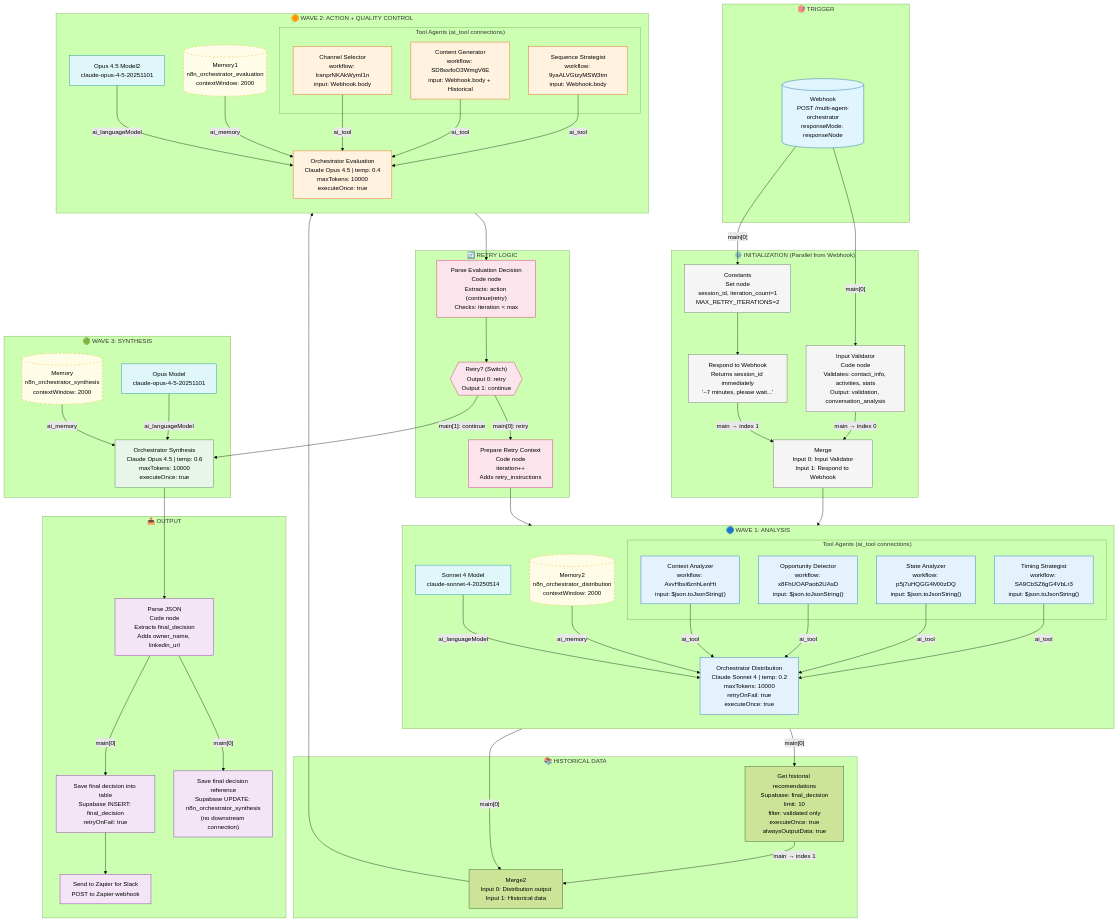
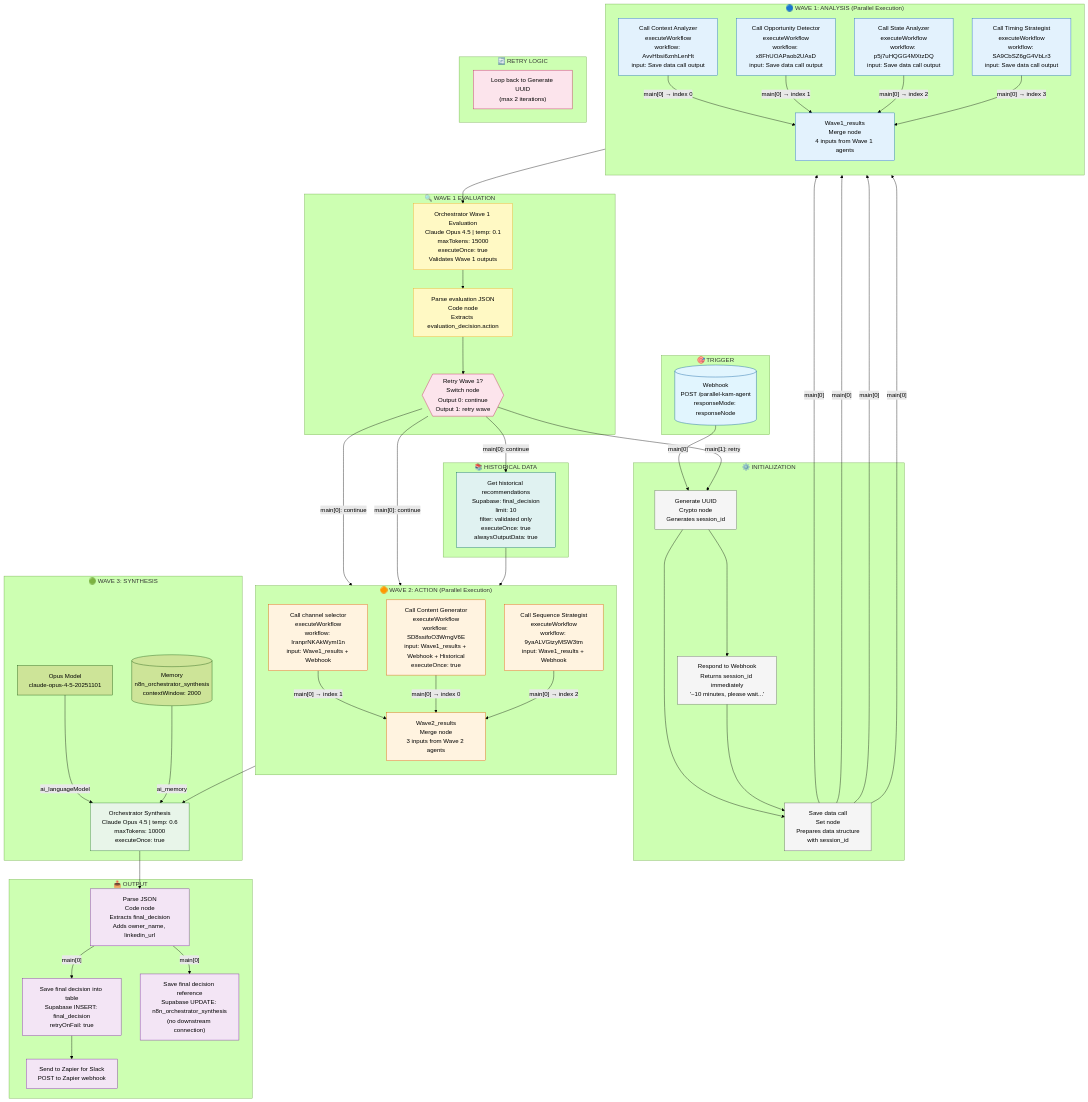
Before and after one commit to damianstetsonair/sales-n8n-ia: the first of 17 diagrams in WORKFLOW-DIAGRAM.md, drawn with Mermaid (forest theme). The commit also changed other lines of this file and 8 other files, not shown here.

Commit message:
update flows based in parallel workflow

````diff
--- a/WORKFLOW-DIAGRAM.md
+++ b/WORKFLOW-DIAGRAM.md
@@ -30,62 +36,44 @@
 ```mermaid
 flowchart TB
     subgraph TRIGGER["🎯 TRIGGER"]
-        WH[("Webhook<br/>POST /multi-agent-orchestrator<br/>responseMode: responseNode")]
+        WH[("Webhook<br/>POST /parallel-kam-agent<br/>responseMode: responseNode")]
     end
 
-    subgraph INIT["⚙️ INITIALIZATION (Parallel from Webhook)"]
-        IV["Input Validator<br/>Code node<br/>Validates: contact_info, activities, stats<br/>Output: validation, conversation_analysis"]
-        CONST["Constants<br/>Set node<br/>session_id, iteration_count=1<br/>MAX_RETRY_ITERATIONS=2"]
-        RESP["Respond to Webhook<br/>Returns session_id immediately<br/>'~7 minutes, please wait...'"]
-        M1["Merge<br/>Input 0: Input Validator<br/>Input 1: Respond to Webhook"]
+    subgraph INIT["⚙️ INITIALIZATION"]
+        UUID["Generate UUID<br/>Crypto node<br/>Generates session_id"]
+        RESP["Respond to Webhook<br/>Returns session_id immediately<br/>'~10 minutes, please wait...'"]
+        SDC["Save data call<br/>Set node<br/>Prepares data structure<br/>with session_id"]
     end
 
-    subgraph WAVE1["🔵 WAVE 1: ANALYSIS"]
+    subgraph WAVE1["🔵 WAVE 1: ANALYSIS (Parallel Execution)"]
         direction TB
-        OD["Orchestrator Distribution<br/>Claude Sonnet 4 | temp: 0.2<br/>maxTokens: 10000<br/>retryOnFail: true<br/>executeOnce: true"]
+        T1["Call Context Analyzer<br/>executeWorkflow<br/>workflow: AvvHbsi6znhLenHt<br/>input: Save data call output"]
+        T2["Call Opportunity Detector<br/>executeWorkflow<br/>workflow: x8FhUOAPaob2UAsD<br/>input: Save data call output"]
+        T3["Call State Analyzer<br/>executeWorkflow<br/>workflow: p5j7uHQGG4MXtzDQ<br/>input: Save data call output"]
+        T4["Call Timing Strategist<br/>executeWorkflow<br/>workflow: SA9CbSZ6gG4VbLr3<br/>input: Save data call output"]
+        M1["Wave1_results<br/>Merge node<br/>4 inputs from Wave 1 agents"]
+    end
 
-        subgraph TOOLS1["Tool Agents (ai_tool connections)"]
-            T1["Context Analyzer<br/>workflow: AvvHbsi6znhLenHt<br/>input: $json.toJsonString()"]
-            T2["Opportunity Detector<br/>workflow: x8FhUOAPaob2UAsD<br/>input: $json.toJsonString()"]
-            T3["State Analyzer<br/>workflow: p5j7uHQGG4MXtzDQ<br/>input: $json.toJsonString()"]
-            T4["Timing Strategist<br/>workflow: SA9CbSZ6gG4VbLr3<br/>input: $json.toJsonString()"]
-        end
-
-        MEM1[("Memory2<br/>n8n_orchestrator_distribution<br/>contextWindow: 2000")]
-        MODEL1["Sonnet 4 Model<br/>claude-sonnet-4-20250514"]
-
-        MODEL1 -->|"ai_languageModel"| OD
-        MEM1 -->|"ai_memory"| OD
-        T1 & T2 & T3 & T4 -->|"ai_tool"| OD
+    subgraph EVAL["🔍 WAVE 1 EVALUATION"]
+        OWE["Orchestrator Wave 1 Evaluation<br/>Claude Opus 4.5 | temp: 0.1<br/>maxTokens: 15000<br/>executeOnce: true<br/>Validates Wave 1 outputs"]
+        PEJ["Parse evaluation JSON<br/>Code node<br/>Extracts evaluation_decision.action"]
+        SW{{"Retry Wave 1?<br/>Switch node<br/>Output 0: continue<br/>Output 1: retry wave"}}
     end
 
     subgraph HIST["📚 HISTORICAL DATA"]
-        GH["Get historial recomendations<br/>Supabase: final_decision<br/>limit: 10<br/>filter: validated only<br/>executeOnce: true<br/>alwaysOutputData: true"]
-        M2["Merge2<br/>Input 0: Distribution output<br/>Input 1: Historical data"]
+        GH["Get historical recommendations<br/>Supabase: final_decision<br/>limit: 10<br/>filter: validated only<br/>executeOnce: true<br/>alwaysOutputData: true"]
     end
 
-    subgraph WAVE2["🟠 WAVE 2: ACTION + QUALITY CONTROL"]
+    subgraph WAVE2["🟠 WAVE 2: ACTION (Parallel Execution)"]
         direction TB
-        OE["Orchestrator Evaluation<br/>Claude Opus 4.5 | temp: 0.4<br/>maxTokens: 10000<br/>executeOnce: true"]
-
-        subgraph TOOLS2["Tool Agents (ai_tool connections)"]
-            T5["Channel Selector<br/>workflow: IranprNKAkWymI1n<br/>input: Webhook.body"]
-            T6["Content Generator<br/>workflow: SD8ssifoO3WmgV6E<br/>input: Webhook.body + Historical"]
-            T7["Sequence Strategist<br/>workflow: 9yaALVGtzyMSW3tm<br/>input: Webhook.body"]
-        end
-
-        MEM2[("Memory1<br/>n8n_orchestrator_evaluation<br/>contextWindow: 2000")]
-        MODEL2["Opus 4.5 Model2<br/>claude-opus-4-5-20251101"]
-
-        MODEL2 -->|"ai_languageModel"| OE
-        MEM2 -->|"ai_memory"| OE
-        T5 & T6 & T7 -->|"ai_tool"| OE
+        T5["Call channel selector<br/>executeWorkflow<br/>workflow: IranprNKAkWymI1n<br/>input: Wave1_results + Webhook"]
+        T6["Call Content Generator<br/>executeWorkflow<br/>workflow: SD8ssifoO3WmgV6E<br/>input: Wave1_results + Webhook + Historical<br/>executeOnce: true"]
+        T7["Call Sequence Strategist<br/>executeWorkflow<br/>workflow: 9yaALVGtzyMSW3tm<br/>input: Wave1_results + Webhook"]
+        M2["Wave2_results<br/>Merge node<br/>3 inputs from Wave 2 agents"]
     end
 
     subgraph RETRY["🔄 RETRY LOGIC"]
-        PED["Parse Evaluation Decision<br/>Code node<br/>Extracts: action (continue|retry)<br/>Checks: iteration < max"]
-        SW{{"Retry? (Switch)<br/>Output 0: retry<br/>Output 1: continue"}}
-        PRC["Prepare Retry Context<br/>Code node<br/>iteration++<br/>Adds retry_instructions"]
+        LOOP["Loop back to Generate UUID<br/>(max 2 iterations)"]
     end
 
     subgraph WAVE3["🟢 WAVE 3: SYNTHESIS"]
@@ -105,23 +93,37 @@
     end
 
     %% EXACT CONNECTIONS from n8n-workflow.json
-    WH -->|"main[0]"| IV
-    WH -->|"main[0]"| CONST
-    CONST --> RESP
-    IV -->|"main → index 0"| M1
-    RESP -->|"main → index 1"| M1
-    M1 --> OD
+    WH -->|"main[0]"| UUID
+    UUID --> RESP
+    UUID --> SDC
+    RESP --> SDC
 
-    OD -->|"main[0]"| GH
-    OD -->|"main[0]"| M2
-    GH -->|"main → index 1"| M2
-    M2 --> OE
+    SDC -->|"main[0]"| T1
+    SDC -->|"main[0]"| T2
+    SDC -->|"main[0]"| T3
+    SDC -->|"main[0]"| T4
 
-    OE --> PED
-    PED --> SW
-    SW -->|"main[0]: retry"| PRC
-    PRC --> OD
-    SW -->|"main[1]: continue"| OS
+    T1 -->|"main[0] → index 0"| M1
+    T2 -->|"main[0] → index 1"| M1
+    T3 -->|"main[0] → index 2"| M1
+    T4 -->|"main[0] → index 3"| M1
+
+    M1 --> OWE
+    OWE --> PEJ
+    PEJ --> SW
+
+    SW -->|"main[0]: continue"| GH
+    SW -->|"main[0]: continue"| T5
+    SW -->|"main[0]: continue"| T7
+    SW -->|"main[1]: retry"| UUID
+
+    GH --> T6
+
+    T5 -->|"main[0] → index 1"| M2
+    T6 -->|"main[0] → index 0"| M2
+    T7 -->|"main[0] → index 2"| M2
+
+    M2 --> OS
 
     OS --> PJ
     PJ -->|"main[0]"| SV2
@@ -132,20 +134,20 @@
     classDef trigger fill:#e1f5fe,stroke:#01579b
     classDef init fill:#f5f5f5,stroke:#616161
     classDef wave1 fill:#e3f2fd,stroke:#1565c0
+    classDef eval fill:#fff9c4,stroke:#f9a825
     classDef wave2 fill:#fff3e0,stroke:#e65100
     classDef wave3 fill:#e8f5e9,stroke:#2e7d32
     classDef retry fill:#fce4ec,stroke:#c2185b
     classDef output fill:#f3e5f5,stroke:#7b1fa2
-    classDef memory fill:#fffde7,stroke:#f9a825,stroke-dasharray: 5 5
-    classDef model fill:#e0f7fa,stroke:#00838f
+    classDef hist fill:#e0f2f1,stroke:#00695c
 
     class WH trigger
-    class IV,CONST,RESP,M1 init
-    class OD,T1,T2,T3,T4 wave1
-    class OE,T5,T6,T7 wave2
+    class UUID,RESP,SDC init
+    class T1,T2,T3,T4,M1 wave1
+    class OWE,PEJ eval
+    class T5,T6,T7,M2 wave2
     class OS wave3
-    class SW,PRC,PED retry
+    class SW,LOOP retry
     class PJ,SV1,SV2,ZAP output
-    class MEM1,MEM2,MEM3 memory
-    class MODEL1,MODEL2,MODEL3 model
+    class GH hist
 ```
````
